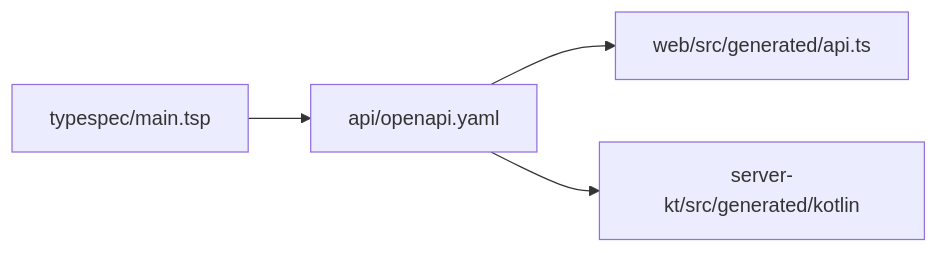
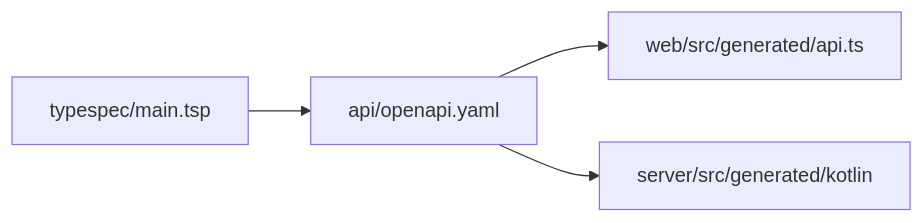
Before and after one commit to Maru32768/NoodleMap: the diagram in README.md, drawn with Mermaid. The commit also changed other lines of this file and 122 other files, not shown here.

````diff
--- a/README.md
+++ b/README.md
@@ -83,6 +83,6 @@
 ```mermaid
 flowchart LR
   tsp["typespec/main.tsp"] --> openapi["api/openapi.yaml"]
   openapi --> webtypes["web/src/generated/api.ts"]
-  openapi --> ktapi["server-kt/src/generated/kotlin"]
+  openapi --> ktapi["server/src/generated/kotlin"]
 ```
````
